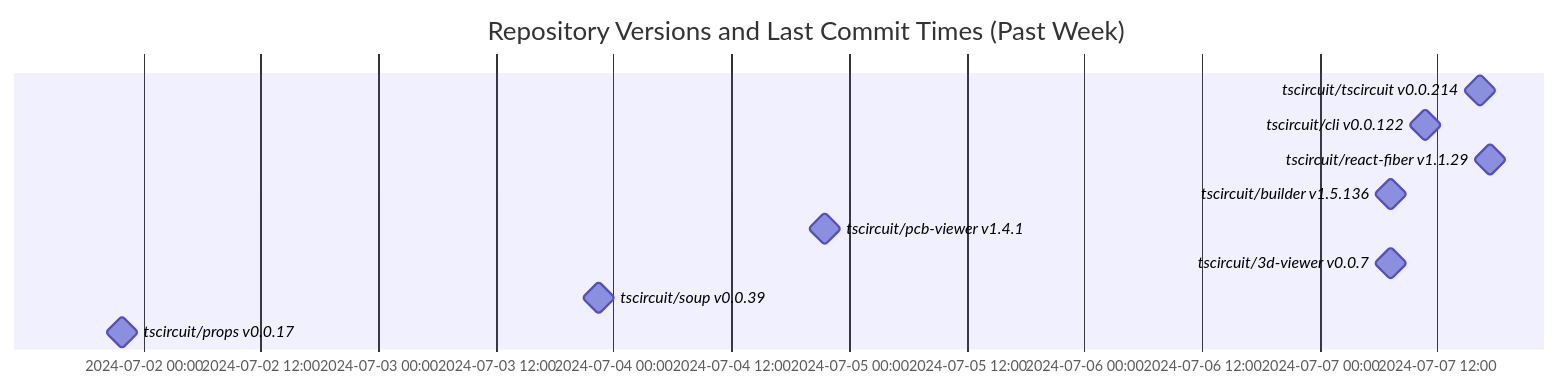
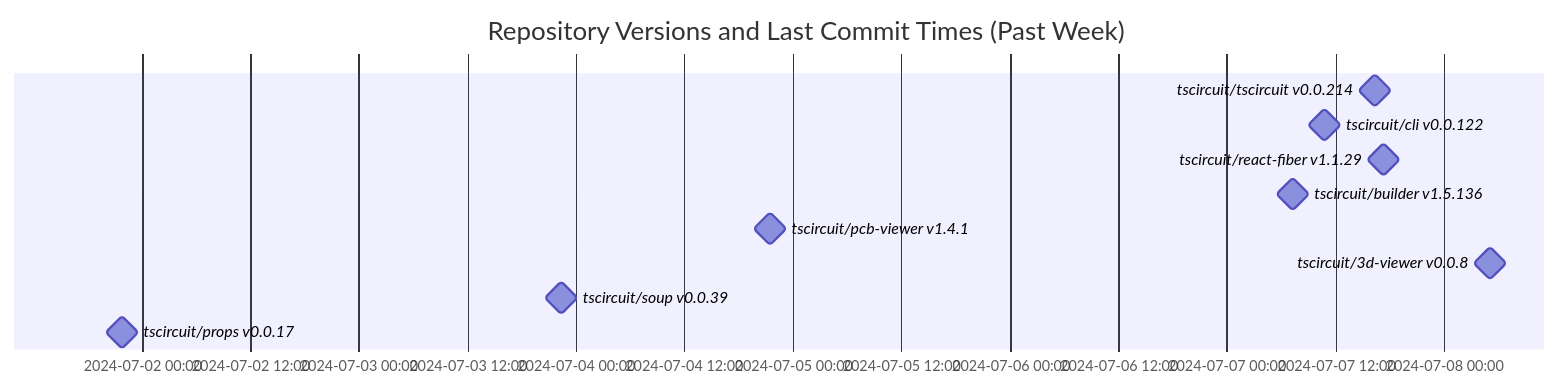
One commit to tscircuit/version-tracker changed the diagram in README.md. Above: the diagram before and after it, drawn with Mermaid.

Commit message:
Update chart

````diff
--- a/README.md
+++ b/README.md
@@ -1,15 +1,15 @@
 ```mermaid
 gantt
   dateFormat  YYYY-MM-DD HH:mm:ss
   title Repository Versions and Last Commit Times (Past Week)
   axisFormat %Y-%m-%d %H:%M
 
   tscircuit/tscircuit v0.0.214 : milestone, 2024-07-07 16:23:38, 1s
   tscircuit/cli v0.0.122 : milestone, 2024-07-07 10:48:24, 1s
   tscircuit/react-fiber v1.1.29 : milestone, 2024-07-07 17:23:26, 1s
   tscircuit/builder v1.5.136 : milestone, 2024-07-07 07:13:19, 1s
   tscircuit/pcb-viewer v1.4.1 : milestone, 2024-07-04 21:31:51, 1s
-  tscircuit/3d-viewer v0.0.7 : milestone, 2024-07-07 07:13:23, 1s
+  tscircuit/3d-viewer v0.0.8 : milestone, 2024-07-08 05:06:01, 1s
   tscircuit/soup v0.0.39 : milestone, 2024-07-03 22:27:43, 1s
   tscircuit/props v0.0.17 : milestone, 2024-07-01 21:50:17, 1s
 ```
````
